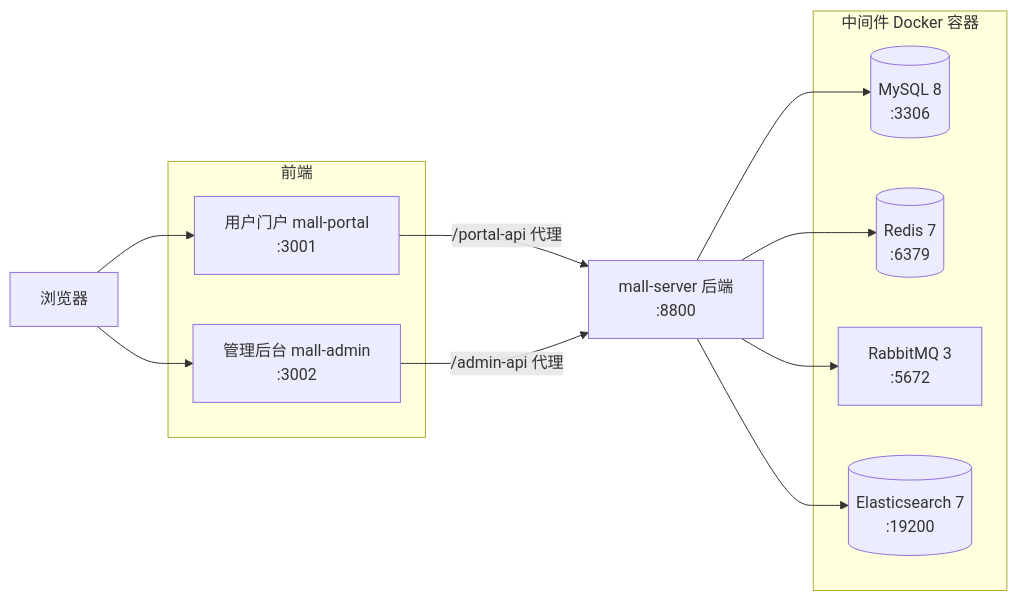
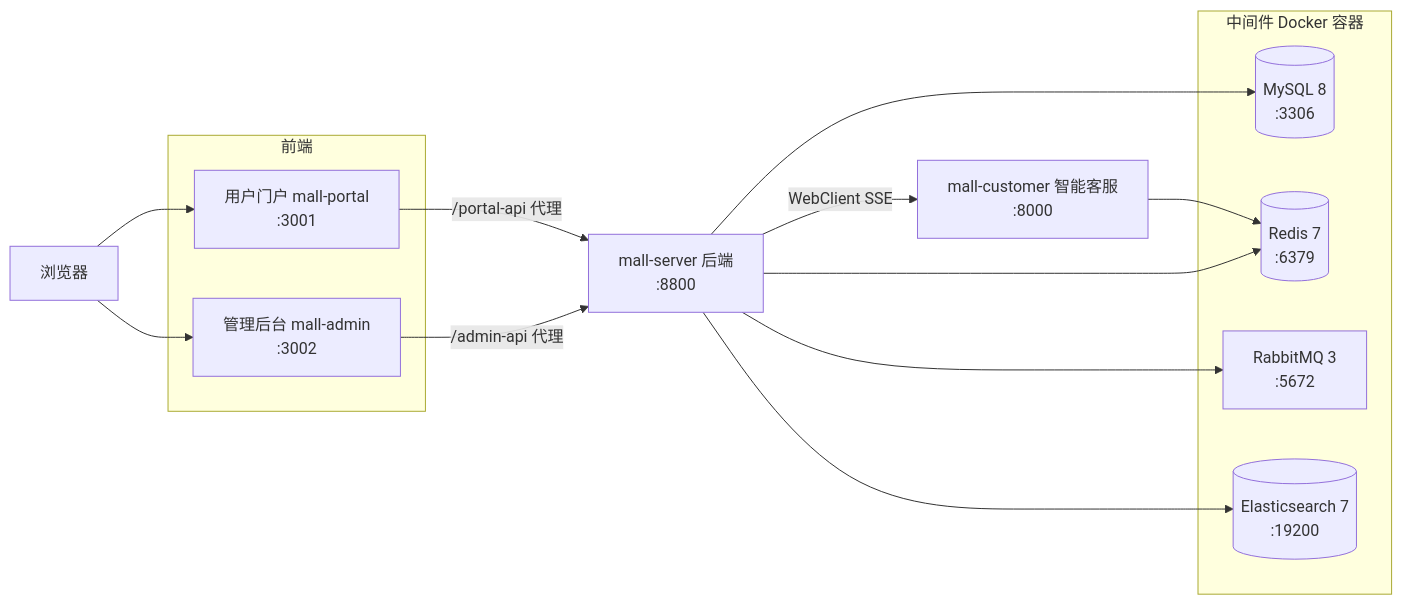
One commit to quuuuj/mall changed the third of 3 diagrams in README.md. Above: the diagram before and after it, drawn with Mermaid. The commit also changed other lines of this file, not shown here.

````diff
--- a/README.md
+++ b/README.md
@@ -121,27 +133,30 @@
 ```mermaid
 flowchart LR
     B[浏览器]
 
     subgraph 前端
         P[用户门户 mall-portal<br/>:3001]
         A[管理后台 mall-admin<br/>:3002]
     end
 
     S[mall-server 后端<br/>:8800]
+    C[mall-customer 智能客服<br/>:8000]
 
     subgraph 中间件 Docker 容器
         M[(MySQL 8<br/>:3306)]
         R[(Redis 7<br/>:6379)]
         Q[RabbitMQ 3<br/>:5672]
         E[(Elasticsearch 7<br/>:19200)]
     end
 
     B --> P
     B --> A
     P -->|/portal-api 代理| S
     A -->|/admin-api 代理| S
+    S -->|WebClient SSE| C
+    C --> R
     S --> M
     S --> R
     S --> Q
     S --> E
 ```
````
